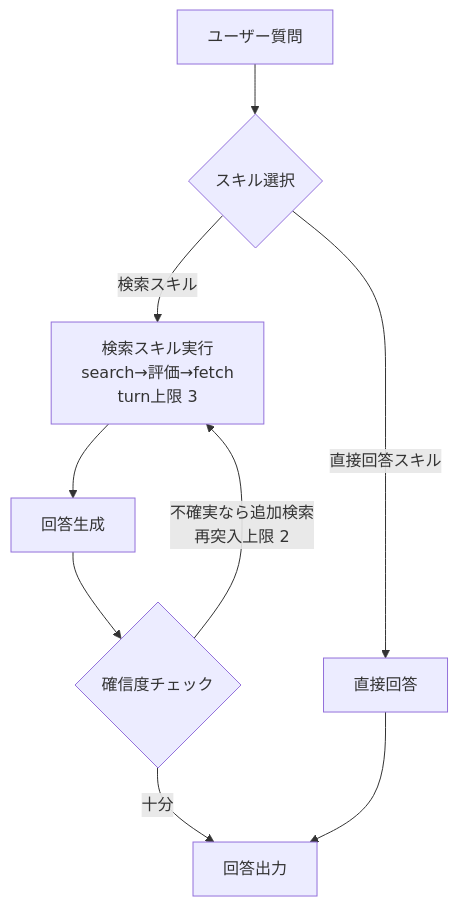
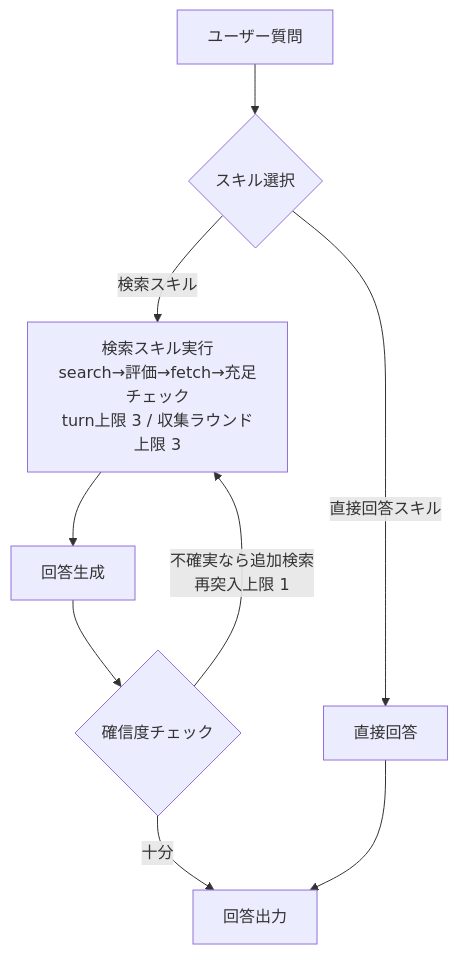
The first of 2 diagrams in docs/architecture.md (ryota0051/agentic-rag-lab), drawn with Mermaid before and after one commit. The commit also changed other lines of this file, not shown here.

First line of the commit message:
Sync architecture.md with the current implementation

````diff
--- a/docs/architecture.md
+++ b/docs/architecture.md
@@ -22,11 +22,11 @@
 ```mermaid
 flowchart TD
     A[ユーザー質問] --> B{スキル選択}
     B -->|直接回答スキル| C[直接回答]
-    B -->|検索スキル| D["検索スキル実行<br/>search→評価→fetch<br/>turn上限 3"]
+    B -->|検索スキル| D["検索スキル実行<br/>search→評価→fetch→充足チェック<br/>turn上限 3 / 収集ラウンド上限 3"]
     D --> E[回答生成]
     E --> F{確信度チェック}
-    F -->|不確実なら追加検索<br/>再突入上限 2| D
+    F -->|不確実なら追加検索<br/>再突入上限 1| D
     F -->|十分| G[回答出力]
     C --> G
 ```
````
